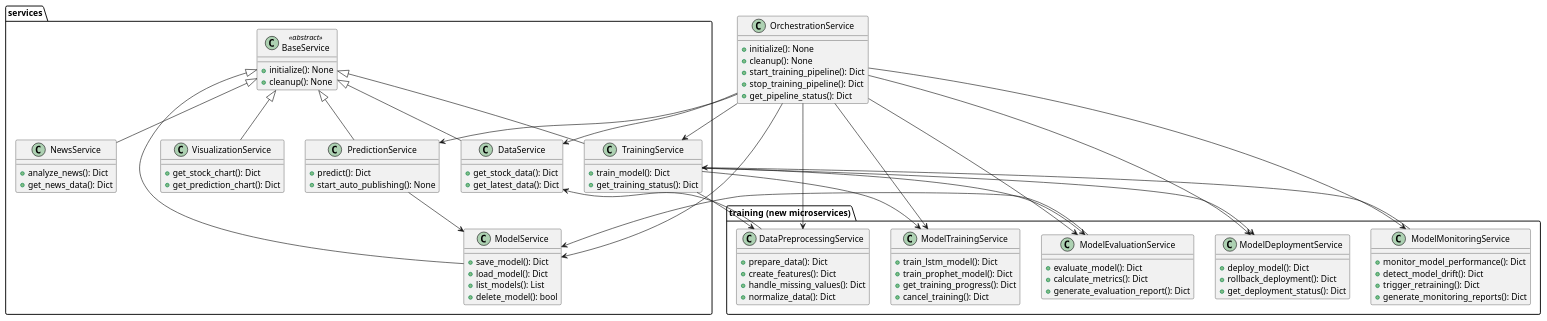
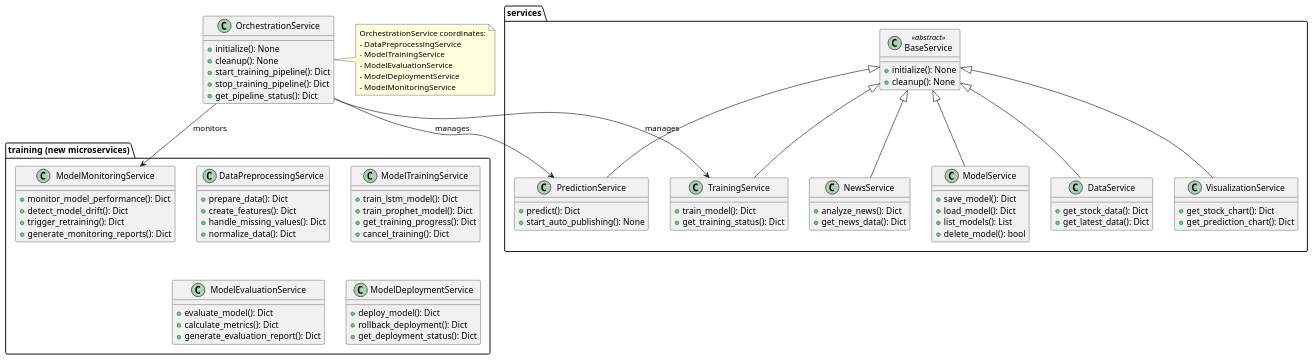
The diagram in docs/architecture_microservices_visee.puml (LOG795-PFE031/stock-ai_pfe031), drawn with PlantUML before and after one commit.

Commit message:
Refactor architecture diagram for clarity and readability

```diff
--- a/docs/architecture_microservices_visee.puml
+++ b/docs/architecture_microservices_visee.puml
@@ -1,113 +1,110 @@
 @startuml
+' Group services in packages for clarity
 package "services" {
   class BaseService << abstract >> {
     +initialize(): None
     +cleanup(): None
   }
-  
+
   class ModelService {
     +save_model(): Dict
     +load_model(): Dict
     +list_models(): List
     +delete_model(): bool
   }
-  
+
   class DataService {
     +get_stock_data(): Dict
     +get_latest_data(): Dict
   }
-  
+
   class PredictionService {
     +predict(): Dict
     +start_auto_publishing(): None
   }
-  
+
   class NewsService {
     +analyze_news(): Dict
     +get_news_data(): Dict
   }
-  
+
   class TrainingService {
     +train_model(): Dict
     +get_training_status(): Dict
   }
-  
+
   class VisualizationService {
     +get_stock_chart(): Dict
     +get_prediction_chart(): Dict
   }
 }
 
 package "training (new microservices)" {
   class DataPreprocessingService {
     +prepare_data(): Dict
     +create_features(): Dict
     +handle_missing_values(): Dict
     +normalize_data(): Dict
   }
-  
+
   class ModelTrainingService {
     +train_lstm_model(): Dict
     +train_prophet_model(): Dict
     +get_training_progress(): Dict
     +cancel_training(): Dict
   }
-  
+
   class ModelEvaluationService {
     +evaluate_model(): Dict
     +calculate_metrics(): Dict
     +generate_evaluation_report(): Dict
   }
-  
+
   class ModelDeploymentService {
     +deploy_model(): Dict
     +rollback_deployment(): Dict
     +get_deployment_status(): Dict
   }
-  
+
   class ModelMonitoringService {
     +monitor_model_performance(): Dict
     +detect_model_drift(): Dict
     +trigger_retraining(): Dict
     +generate_monitoring_reports(): Dict
   }
 }
 
 class OrchestrationService {
   +initialize(): None
   +cleanup(): None
   +start_training_pipeline(): Dict
   +stop_training_pipeline(): Dict
   +get_pipeline_status(): Dict
 }
 
+' Inheritance (keep only)
 BaseService <|-- ModelService
 BaseService <|-- DataService
 BaseService <|-- PredictionService
 BaseService <|-- NewsService
 BaseService <|-- TrainingService
 BaseService <|-- VisualizationService
 
-TrainingService --> DataPreprocessingService
-TrainingService --> ModelTrainingService
-TrainingService --> ModelEvaluationService
-TrainingService --> ModelDeploymentService
-ModelMonitoringService --> TrainingService
+' Key orchestration relationships (reduce arrows)
+OrchestrationService --> TrainingService : manages
+OrchestrationService --> PredictionService : manages
+OrchestrationService --> ModelMonitoringService : monitors
 
-PredictionService --> ModelService
-ModelEvaluationService --> ModelService
+' Group training pipeline as a note
+note right of OrchestrationService
+  OrchestrationService coordinates:
+  - DataPreprocessingService
+  - ModelTrainingService
+  - ModelEvaluationService
+  - ModelDeploymentService
+  - ModelMonitoringService
+end note
 
-DataPreprocessingService --> DataService
-
-OrchestrationService --> TrainingService
-OrchestrationService --> DataPreprocessingService
-OrchestrationService --> ModelTrainingService
-OrchestrationService --> ModelEvaluationService
-OrchestrationService --> ModelDeploymentService
-OrchestrationService --> ModelMonitoringService
-OrchestrationService --> PredictionService
-OrchestrationService --> ModelService
-OrchestrationService --> DataService
-
+' Remove most direct arrows, keep only essential ones for readability
 
 @enduml
```
